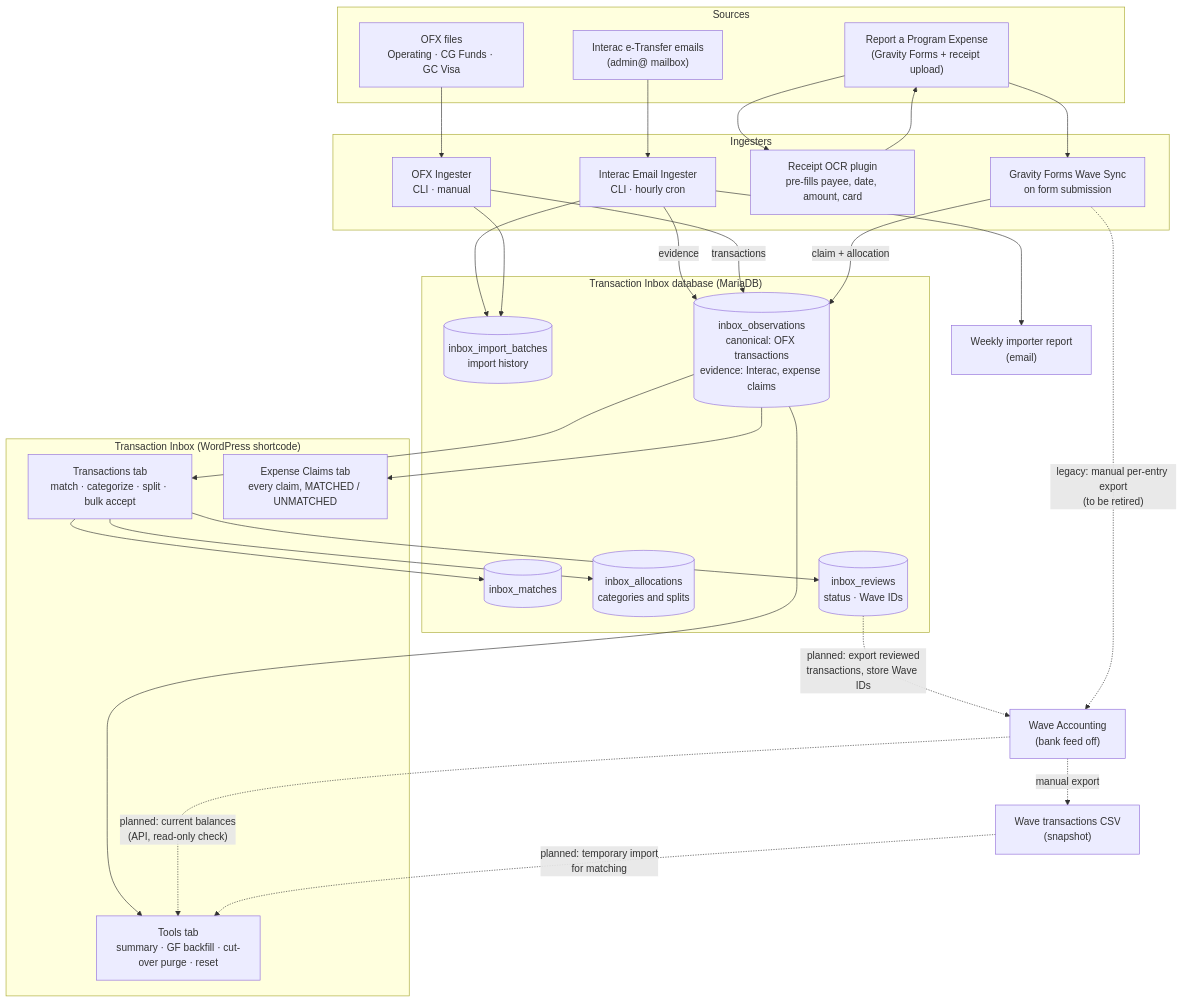
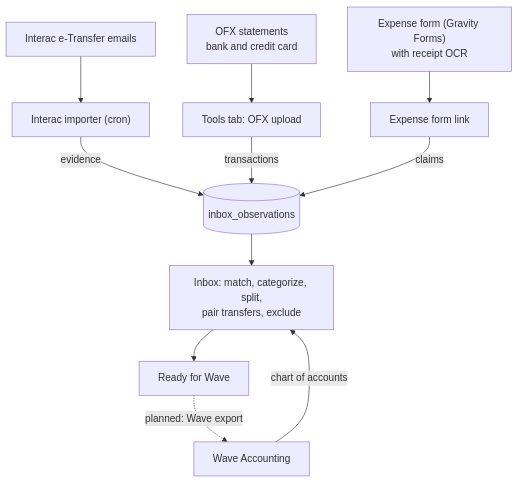
One commit to kapn1966/scout-accounting-toolkit changed the diagram in README.md. Above: the diagram before and after it, drawn with Mermaid. The commit also changed other lines of this file and 44 other files, not shown here.

````diff
--- a/README.md
+++ b/README.md
@@ -121,61 +16,15 @@
 ```mermaid
 flowchart TB
-    %% ---------- Sources ----------
-    subgraph SRC["Sources"]
-        MAIL["Interac e-Transfer emails<br/>(admin@ mailbox)"]
-        OFXF["OFX files<br/>Operating · CG Funds · GC Visa"]
-        FORM["Report a Program Expense<br/>(Gravity Forms + receipt upload)"]
-    end
+    MAIL["Interac e-Transfer emails"] --> IMAP["Interac importer (cron)"]
+    OFX["OFX statements<br/>bank and credit card"] --> UP["Tools tab: OFX upload"]
+    FORM["Expense form (Gravity Forms)<br/>with receipt OCR"] --> GF["Expense form link"]
 
-    %% ---------- Ingesters ----------
-    subgraph ING["Ingesters"]
-        IMAP["Interac Email Ingester<br/>CLI · hourly cron"]
-        OFXI["OFX Ingester<br/>CLI · manual"]
-        OCR["Receipt OCR plugin<br/>pre-fills payee, date, amount, card"]
-        GFWS["Gravity Forms Wave Sync<br/>on form submission"]
-    end
+    IMAP -- evidence --> OBS[("inbox_observations")]
+    UP -- transactions --> OBS
+    GF -- claims --> OBS
 
-    MAIL --> IMAP
-    OFXF --> OFXI
-    FORM --> OCR --> FORM
-    FORM --> GFWS
-
-    %% ---------- Inbox database ----------
-    subgraph DB["Transaction Inbox database (MariaDB)"]
-        BAT[("inbox_import_batches<br/>import history")]
-        OBS[("inbox_observations<br/>canonical: OFX transactions<br/>evidence: Interac, expense claims")]
-        MAT[("inbox_matches")]
-        ALL[("inbox_allocations<br/>categories and splits")]
-        REV[("inbox_reviews<br/>status · Wave IDs")]
-    end
-
-    IMAP -- "evidence" --> OBS
-    OFXI -- "transactions" --> OBS
-    GFWS -- "claim + allocation" --> OBS
-    IMAP --> BAT
-    OFXI --> BAT
-    IMAP --> REPORT["Weekly importer report<br/>(email)"]
-
-    %% ---------- Review UI ----------
-    subgraph UI["Transaction Inbox (WordPress shortcode)"]
-        TX["Transactions tab<br/>match · categorize · split · bulk accept"]
-        EC["Expense Claims tab<br/>every claim, MATCHED / UNMATCHED"]
-        TOOLS["Tools tab<br/>summary · GF backfill · cut-over purge · reset"]
-    end
-
-    OBS --> TX
-    OBS --> EC
-    OBS --> TOOLS
-    TX --> MAT
-    TX --> ALL
-    TX --> REV
-
-    %% ---------- Wave ----------
-    WAVE["Wave Accounting<br/>(bank feed off)"]
-
-    REV -. "planned: export reviewed<br/>transactions, store Wave IDs" .-> WAVE
-    WAVE -. "planned: current balances<br/>(API, read-only check)" .-> TOOLS
-    CSV["Wave transactions CSV<br/>(snapshot)"] -. "planned: temporary import<br/>for matching" .-> TOOLS
-    WAVE -. "manual export" .-> CSV
-    GFWS -. "legacy: manual per-entry export<br/>(to be retired)" .-> WAVE
+    OBS --> INBOX["Inbox: match, categorize, split,<br/>pair transfers, exclude"]
+    INBOX --> RDY["Ready for Wave"]
+    RDY -. "planned: Wave export" .-> WAVE["Wave Accounting"]
+    WAVE -- "chart of accounts" --> INBOX
 ```
````
